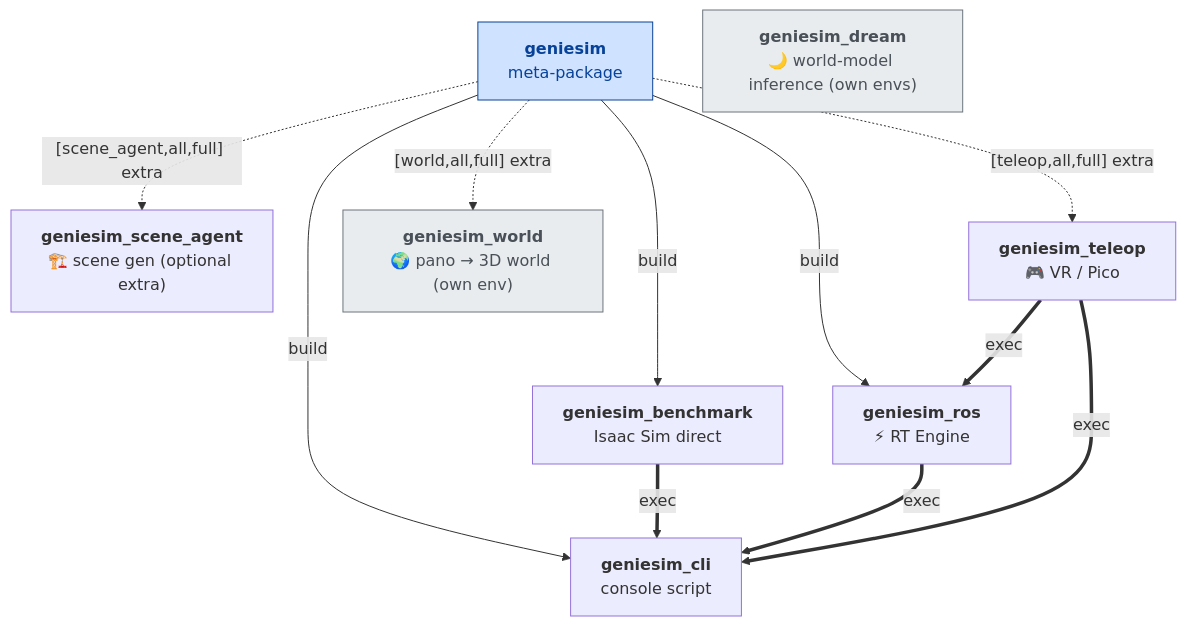
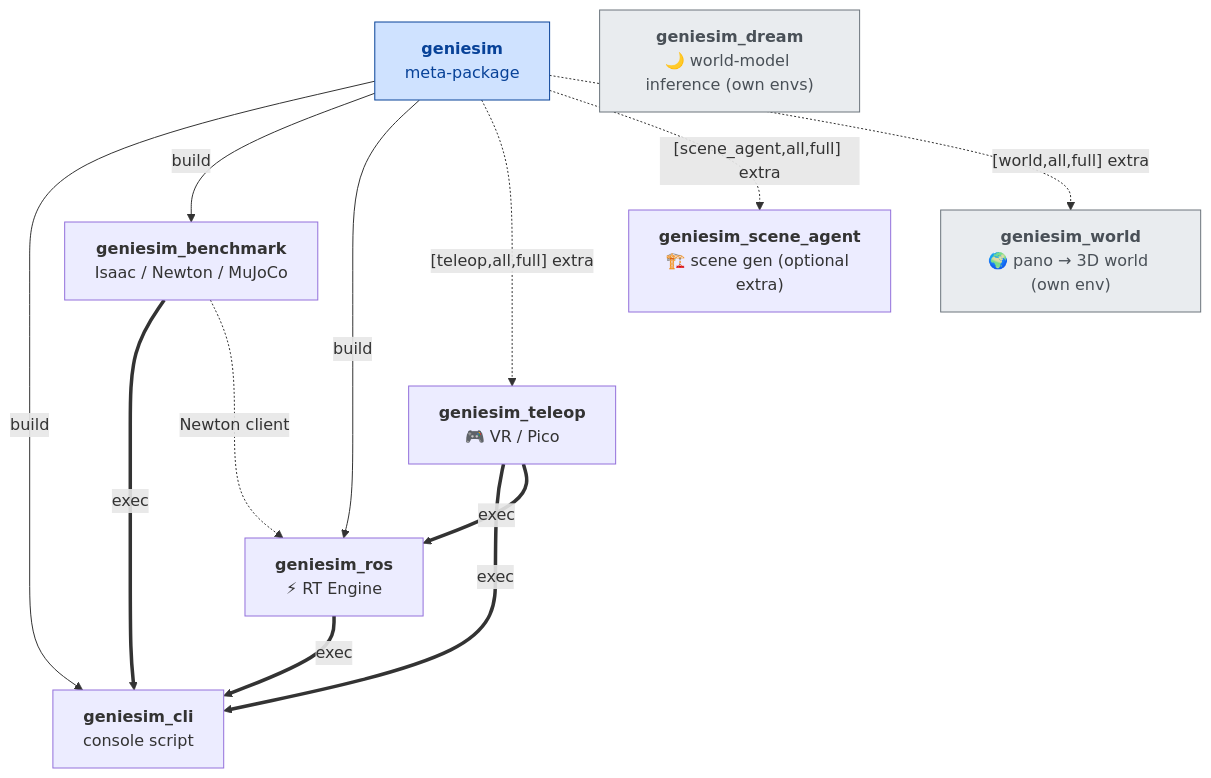
Before and after one commit to AgibotTech/genie_sim: the diagram in source/README.md, drawn with Mermaid. The commit also changed other lines of this file and 158 other files, not shown here.

````diff
--- a/source/README.md
+++ b/source/README.md
@@ -70,35 +69,36 @@
 ```mermaid
 graph TD
   %% Auto-generated by `geniesim tool deps-dag --fix`.
   %% Edges: -->|build| build-system requires; ==>|exec| runtime deps;
   %%        -.->|[X] extra| optional extras.
   %% Source: source/geniesim_*/pyproject.toml + _ANNOTATIONS in
   %% source/geniesim_cli/src/geniesim_cli/commands/tool.py.
 
   geniesim["<b>geniesim</b><br/>meta-package"]
   geniesim_cli["<b>geniesim_cli</b><br/>console script"]
-  geniesim_benchmark["<b>geniesim_benchmark</b><br/>Isaac Sim direct"]
+  geniesim_benchmark["<b>geniesim_benchmark</b><br/>Isaac / Newton / MuJoCo"]
   geniesim_dream["<b>geniesim_dream</b><br/>🌙 world-model inference (own envs)"]
   geniesim_ros["<b>geniesim_ros</b><br/>⚡ RT Engine"]
   geniesim_scene_agent["<b>geniesim_scene_agent</b><br/>🏗️ scene gen (optional extra)"]
   geniesim_teleop["<b>geniesim_teleop</b><br/>🎮 VR / Pico"]
   geniesim_world["<b>geniesim_world</b><br/>🌍 pano → 3D world (own env)"]
 
   geniesim -->|build| geniesim_cli
   geniesim -->|build| geniesim_benchmark
   geniesim -->|build| geniesim_ros
   geniesim_benchmark ==>|exec| geniesim_cli
   geniesim_ros ==>|exec| geniesim_cli
   geniesim_teleop ==>|exec| geniesim_cli
   geniesim_teleop ==>|exec| geniesim_ros
   geniesim -."[teleop,all,full] extra".-> geniesim_teleop
   geniesim -."[scene_agent,all,full] extra".-> geniesim_scene_agent
   geniesim -."[world,all,full] extra".-> geniesim_world
+  geniesim_benchmark -..->|Newton client| geniesim_ros
 
   classDef legacy fill:#fff3cd,stroke:#856404,color:#856404
   classDef leaf fill:#e9ecef,stroke:#6c757d,color:#495057
   classDef placeholder fill:#f8d7da,stroke:#842029,color:#842029
   classDef umbrella fill:#cfe2ff,stroke:#084298,color:#084298
   class geniesim_dream,geniesim_world leaf
   class geniesim umbrella
 ```
````
